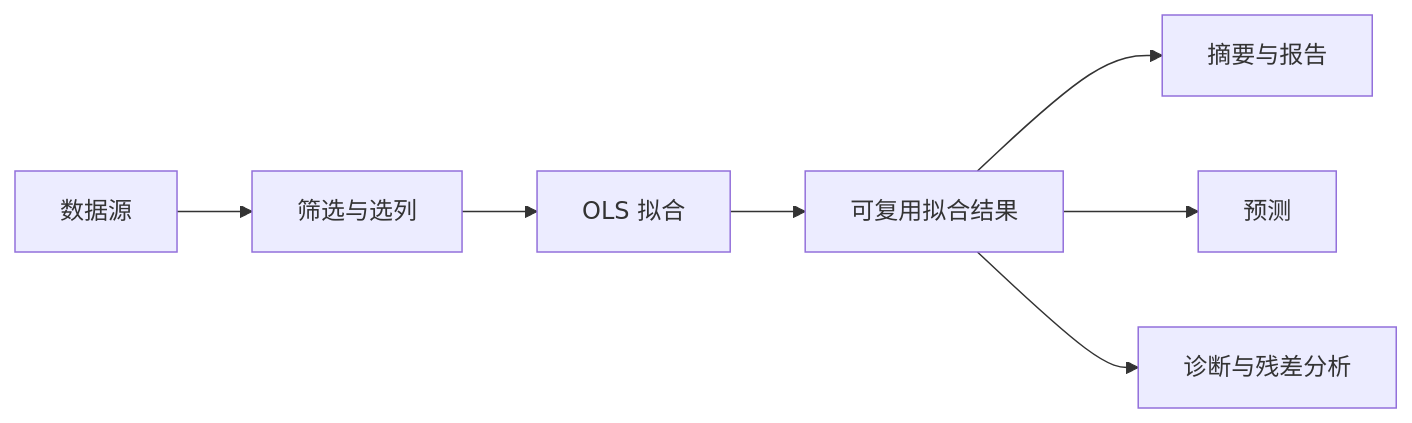
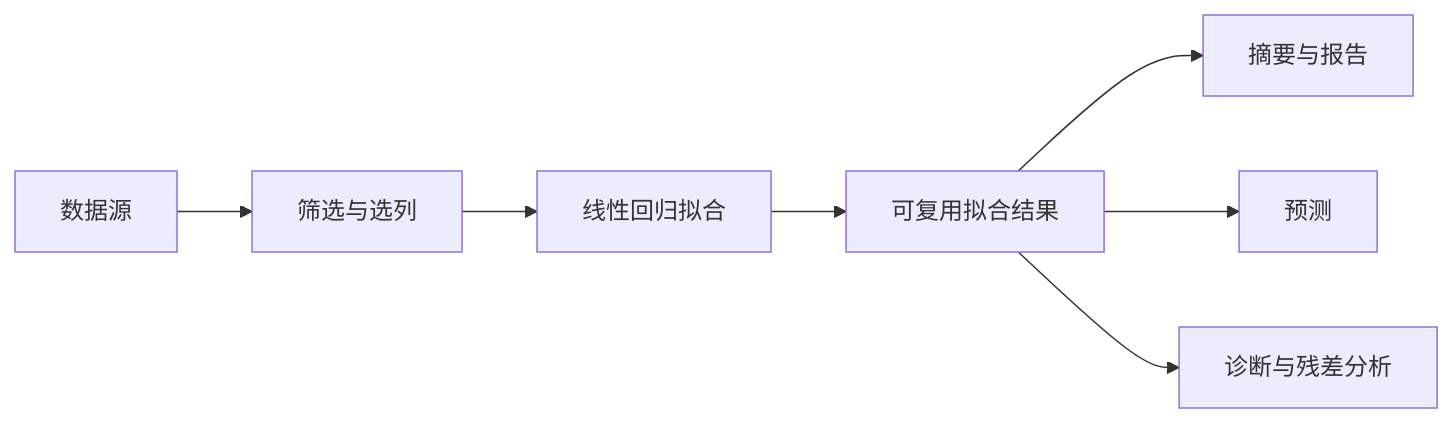
Before and after one commit to zhouyi207/YssBI: the diagram in docs/sci/README.md, drawn with Mermaid. The commit also changed other lines of this file and 92 other files, not shown here.

````diff
--- a/docs/sci/README.md
+++ b/docs/sci/README.md
@@ -158,9 +158,9 @@
 ```mermaid
 flowchart LR
   A[数据源] --> B[筛选与选列]
-  B --> C[OLS 拟合]
+  B --> C[线性回归拟合]
   C --> D[可复用拟合结果]
   D --> E[摘要与报告]
   D --> F[预测]
   D --> G[诊断与残差分析]
 ```
````
